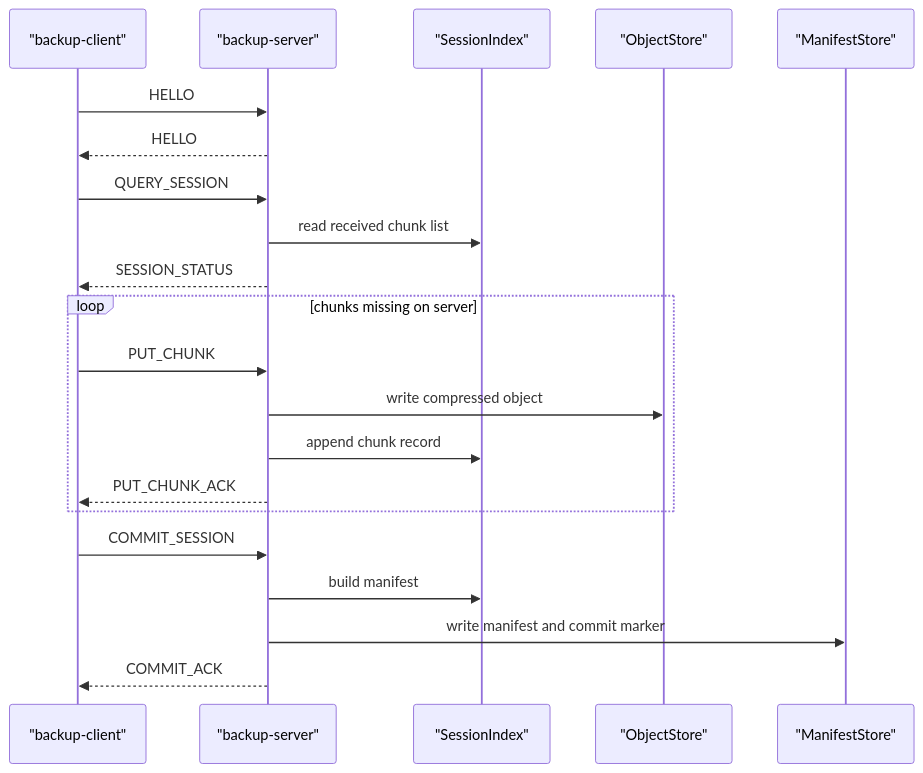
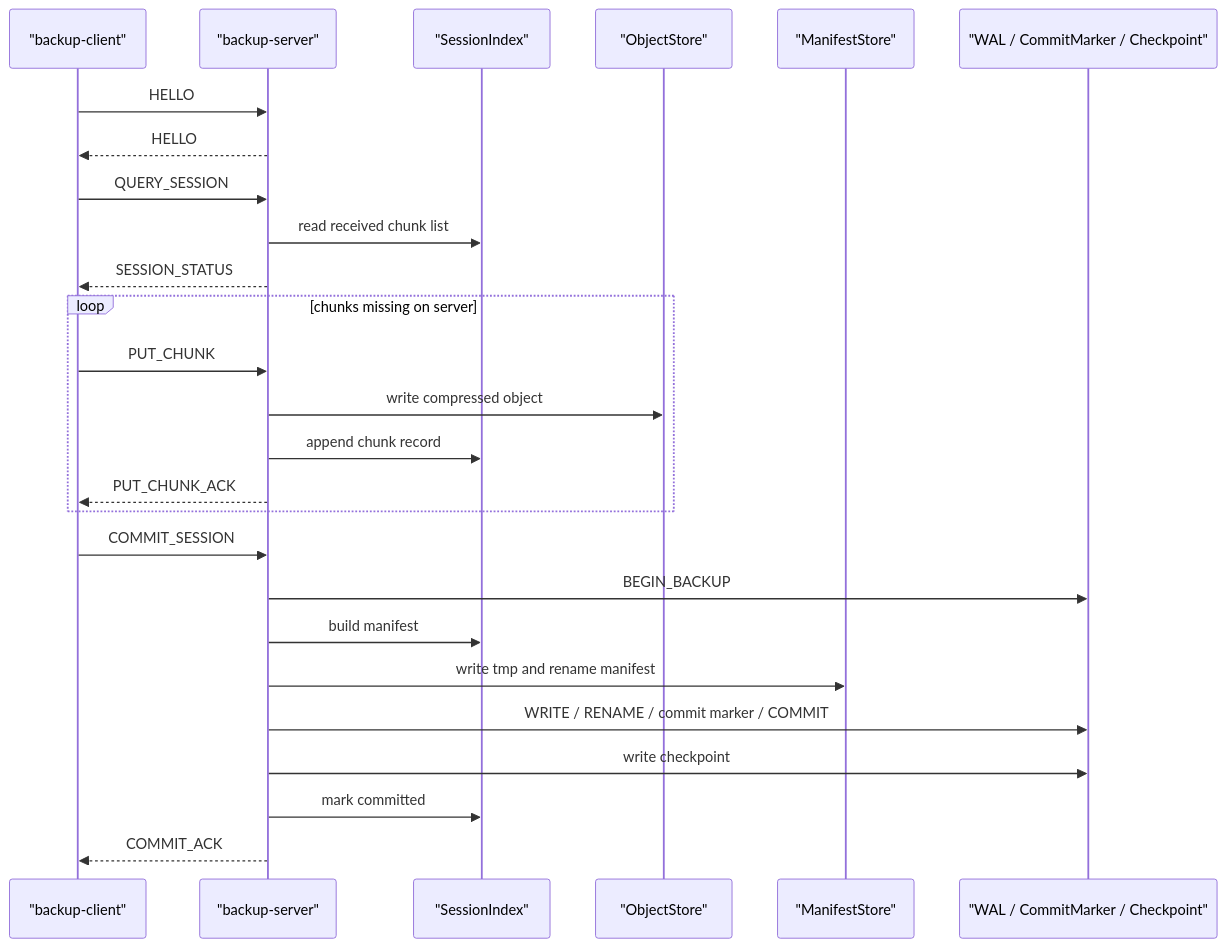
Before and after one commit to JiaChangGit/cpp-data-protection-core: the diagram in docs/transfer-protocol.md, drawn with Mermaid. The commit also changed other lines of this file and 23 other files, not shown here.

````diff
--- a/docs/transfer-protocol.md
+++ b/docs/transfer-protocol.md
@@ -52,24 +52,29 @@
 ```mermaid
 sequenceDiagram
     participant C as "backup-client"
     participant S as "backup-server"
     participant SI as "SessionIndex"
     participant OS as "ObjectStore"
     participant MS as "ManifestStore"
+    participant Meta as "WAL / CommitMarker / Checkpoint"
 
     C->>S: HELLO
     S-->>C: HELLO
     C->>S: QUERY_SESSION
     S->>SI: read received chunk list
     S-->>C: SESSION_STATUS
     loop chunks missing on server
         C->>S: PUT_CHUNK
         S->>OS: write compressed object
         S->>SI: append chunk record
         S-->>C: PUT_CHUNK_ACK
     end
     C->>S: COMMIT_SESSION
+    S->>Meta: BEGIN_BACKUP
     S->>SI: build manifest
-    S->>MS: write manifest and commit marker
+    S->>MS: write tmp and rename manifest
+    S->>Meta: WRITE / RENAME / commit marker / COMMIT
+    S->>Meta: write checkpoint
+    S->>SI: mark committed
     S-->>C: COMMIT_ACK
 ```
````
